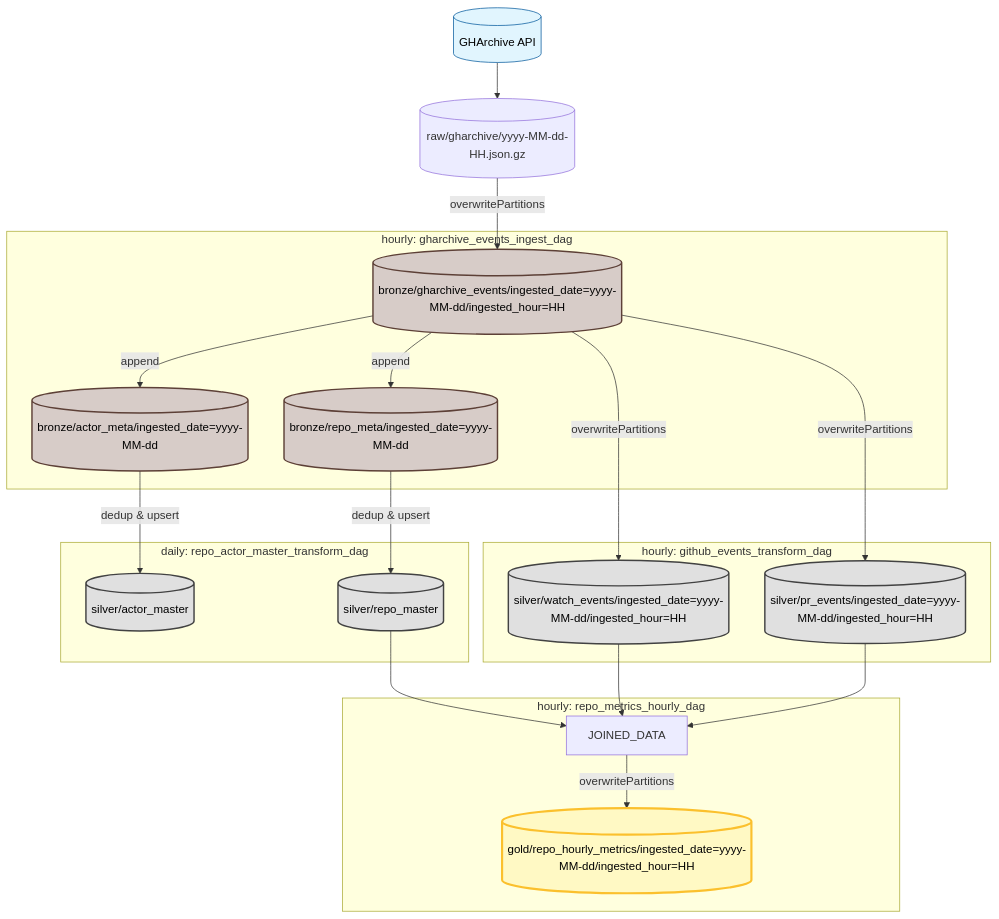
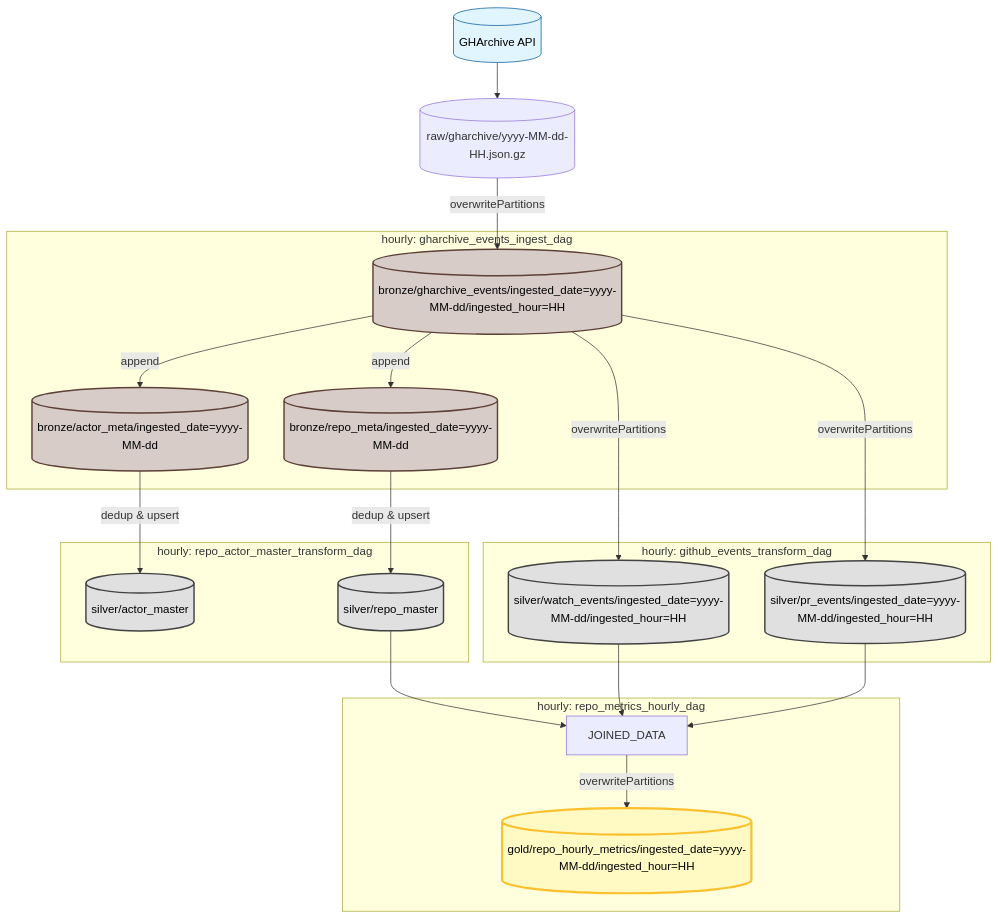
Before and after one commit to gitsight-app/gitsight-data-pipeline: the diagram in README.md, drawn with Mermaid. The commit also changed 4 other files, not shown here.

Commit message:
feat: Update time handling in loading jobs and adjust DAG schedule to hourly

````diff
--- a/README.md
+++ b/README.md
@@ -76,55 +76,55 @@
 ```mermaid
 graph TD
     classDef bronze_t fill: #d7ccc8, stroke: #5d4037, stroke-width: 2px, color: black;
     classDef silver_t fill: #e0e0e0, stroke: #424242, stroke-width: 2px, color: black;
     classDef gold_t fill: #fff9c4, stroke: #fbc02d, stroke-width: 3px, color: black;
     classDef api fill: #e1f5fe, stroke: #01579b, stroke-width: 1px, color: black;
 
 
 %% -------------------------- Components -------------------------- %%
     GH_ARCHIVE_API[(GHArchive API)]:::api
     GH_ARCHIVE[(raw/gharchive/yyyy-MM-dd-HH.json.gz)]
     GH_ARCHIVE_EVENTS[(bronze/gharchive_events/ingested_date=yyyy-MM-dd/ingested_hour=HH)]:::bronze_t
     ACTOR_META[(bronze/actor_meta/ingested_date=yyyy-MM-dd)]:::bronze_t
     REPO_META[(bronze/repo_meta/ingested_date=yyyy-MM-dd)]:::bronze_t
     GH_ARCHIVE_API --> GH_ARCHIVE
     GH_ARCHIVE -- overwritePartitions --> GH_ARCHIVE_EVENTS
     subgraph hourly: gharchive_events_ingest_dag
         GH_ARCHIVE_EVENTS -- append --> REPO_META
         GH_ARCHIVE_EVENTS -- append --> ACTOR_META
 
     end
 %% --- %%
     ACTOR_MASTER[(silver/actor_master)]:::silver_t
     REPO_MASTER[(silver/repo_master)]:::silver_t
 
-    subgraph daily: repo_actor_master_transform_dag
+    subgraph hourly: repo_actor_master_transform_dag
         REPO_META -- dedup & upsert --> REPO_MASTER
         ACTOR_META -- dedup & upsert --> ACTOR_MASTER
 
     end
 %% --- %%
     WATCH_EVENTS[(silver/watch_events/ingested_date=yyyy-MM-dd/ingested_hour=HH)]:::silver_t
     PR_EVENTS[(silver/pr_events/ingested_date=yyyy-MM-dd/ingested_hour=HH)]:::silver_t
 
     subgraph hourly: github_events_transform_dag
         GH_ARCHIVE_EVENTS -- overwritePartitions --> WATCH_EVENTS
         GH_ARCHIVE_EVENTS -- overwritePartitions --> PR_EVENTS
 
     end
 %% --- %%
     REPO_HOURLY_METRICS[(gold/repo_hourly_metrics/ingested_date=yyyy-MM-dd/ingested_hour=HH)]:::gold_t
     JOINED_DATA
 
     subgraph hourly: repo_metrics_hourly_dag
         REPO_MASTER --> JOINED_DATA
         WATCH_EVENTS --> JOINED_DATA
         PR_EVENTS --> JOINED_DATA
         JOINED_DATA -- overwritePartitions --> REPO_HOURLY_METRICS
     end
 
 
 
 
 
 ```
````
